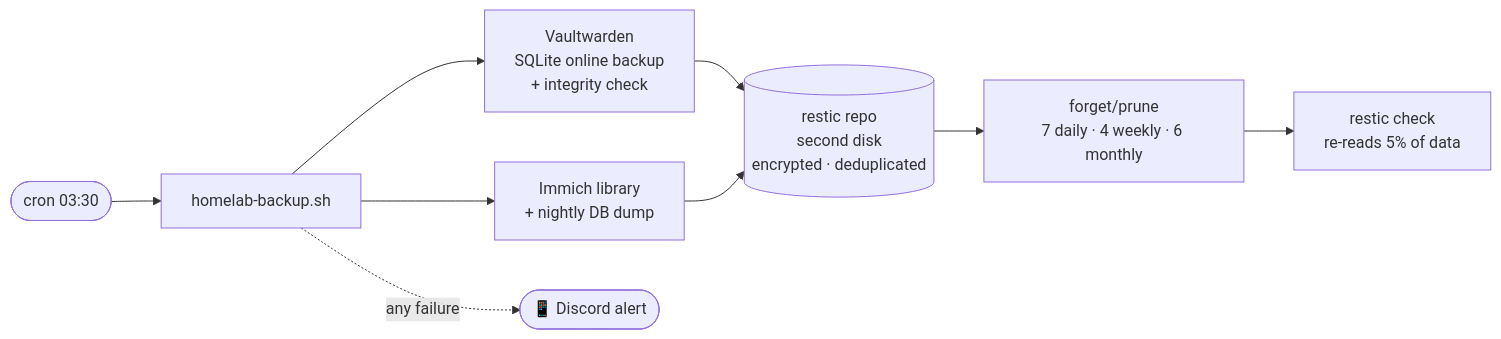
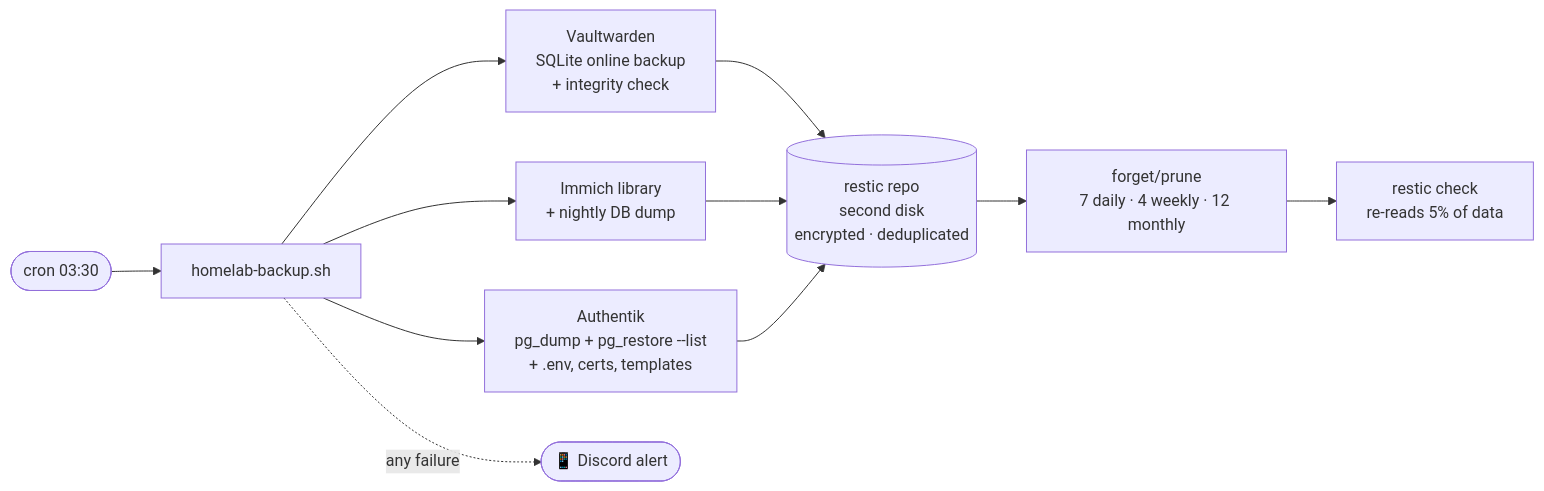
One commit to Shineori/homelab changed the first of 3 diagrams in docs/infrastructure/backups.md. Above: the diagram before and after it, drawn with Mermaid. The commit also changed other lines of this file and 16 other files, not shown here.

````diff
--- a/docs/infrastructure/backups.md
+++ b/docs/infrastructure/backups.md
@@ -31,11 +35,13 @@
 ```mermaid
 flowchart LR
     cron([cron 03:30]) --> s[homelab-backup.sh]
     s --> v[Vaultwarden<br/>SQLite online backup<br/>+ integrity check]
     s --> i[Immich library<br/>+ nightly DB dump]
+    s --> a[Authentik<br/>pg_dump + pg_restore --list<br/>+ .env, certs, templates]
     v --> r[(restic repo<br/>second disk<br/>encrypted · deduplicated)]
     i --> r
-    r --> k[forget/prune<br/>7 daily · 4 weekly · 6 monthly]
+    a --> r
+    r --> k[forget/prune<br/>7 daily · 4 weekly · 12 monthly]
     k --> c[restic check<br/>re-reads 5% of data]
     s -. any failure .-> d([📱 Discord alert])
 ```
````
